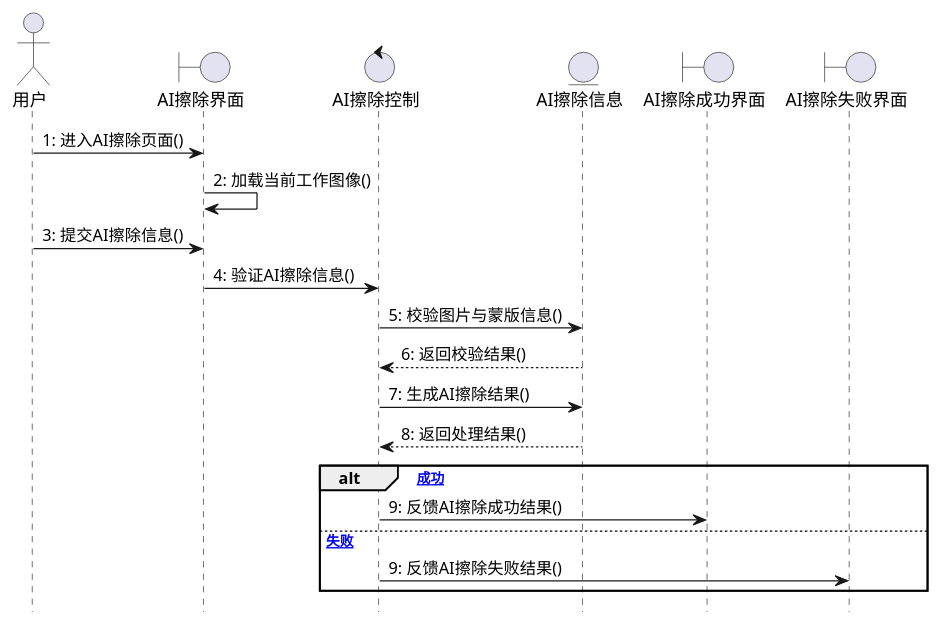
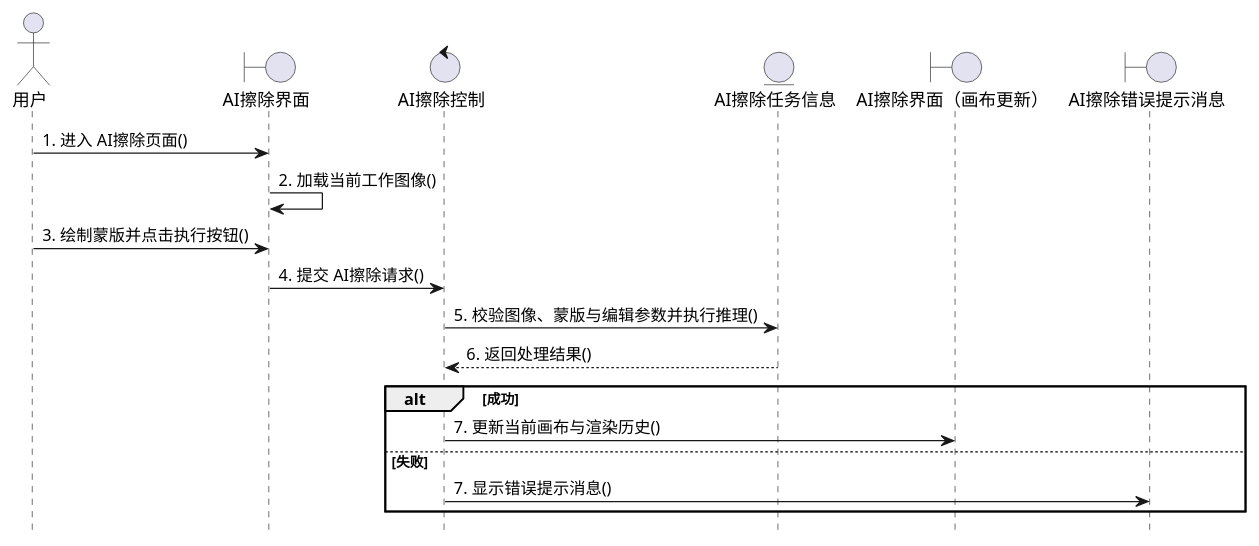
Before and after one commit to LyferLu/Artie: the fourth of 16 diagrams in doc/paper.md, drawn with PlantUML. The commit also changed other lines of this file, not shown here.

````diff
--- a/doc/paper.md
+++ b/doc/paper.md
@@ -732,25 +765,23 @@
 ```plantuml
 @startuml
 hide footbox
 actor 用户
 boundary "AI擦除界面" as B2
 control "AI擦除控制" as C2
-entity "AI擦除信息" as E2
-boundary "AI擦除成功界面" as BS2
-boundary "AI擦除失败界面" as BF2
+entity "AI擦除任务信息" as E2
+boundary "AI擦除界面（画布更新）" as BS2
+boundary "AI擦除错误提示消息" as BF2
 
-用户 -> B2 : 1: 进入AI擦除页面()
-B2 -> B2 : 2: 加载当前工作图像()
-用户 -> B2 : 3: 提交AI擦除信息()
-B2 -> C2 : 4: 验证AI擦除信息()
-C2 -> E2 : 5: 校验图片与蒙版信息()
-E2 --> C2 : 6: 返回校验结果()
-C2 -> E2 : 7: 生成AI擦除结果()
-E2 --> C2 : 8: 返回处理结果()
-alt [成功]
-  C2 -> BS2 : 9: 反馈AI擦除成功结果()
-else [失败]
-  C2 -> BF2 : 9: 反馈AI擦除失败结果()
+用户 -> B2 : 1. 进入 AI擦除页面()
+B2 -> B2 : 2. 加载当前工作图像()
+用户 -> B2 : 3. 绘制蒙版并点击执行按钮()
+B2 -> C2 : 4. 提交 AI擦除请求()
+C2 -> E2 : 5. 校验图像、蒙版与编辑参数并执行推理()
+E2 --> C2 : 6. 返回处理结果()
+alt 成功
+  C2 -> BS2 : 7. 更新当前画布与渲染历史()
+else 失败
+  C2 -> BF2 : 7. 显示错误提示消息()
 end
 @enduml
 ```
````
